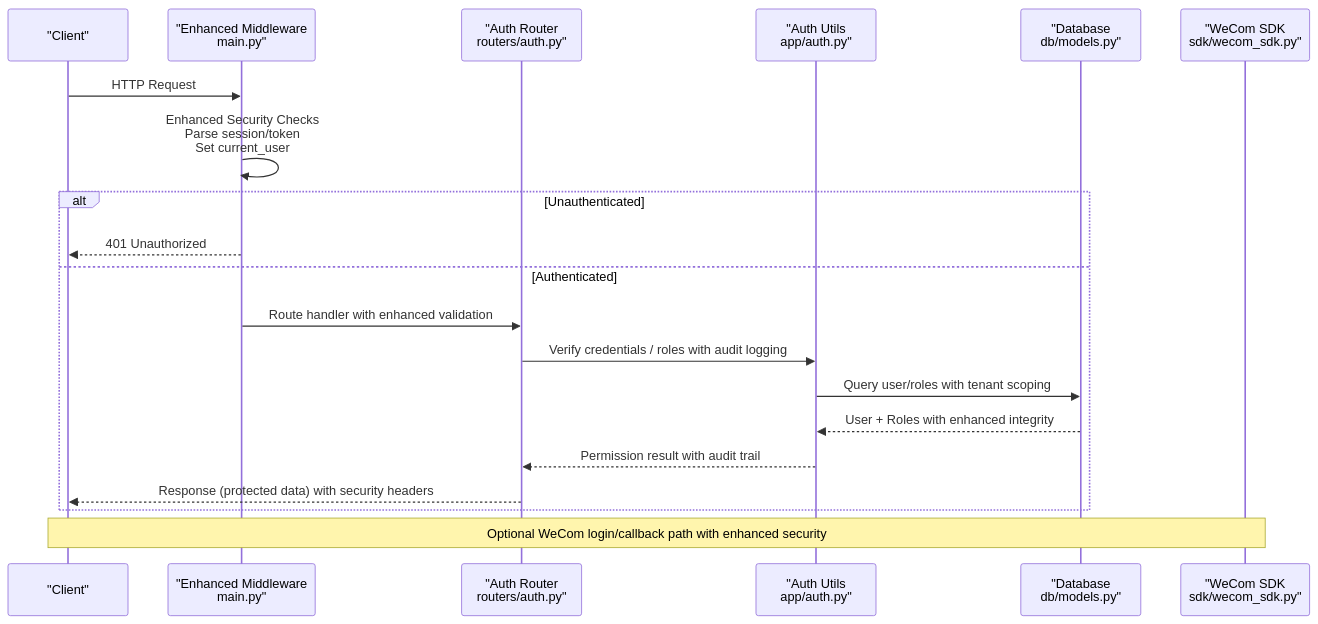
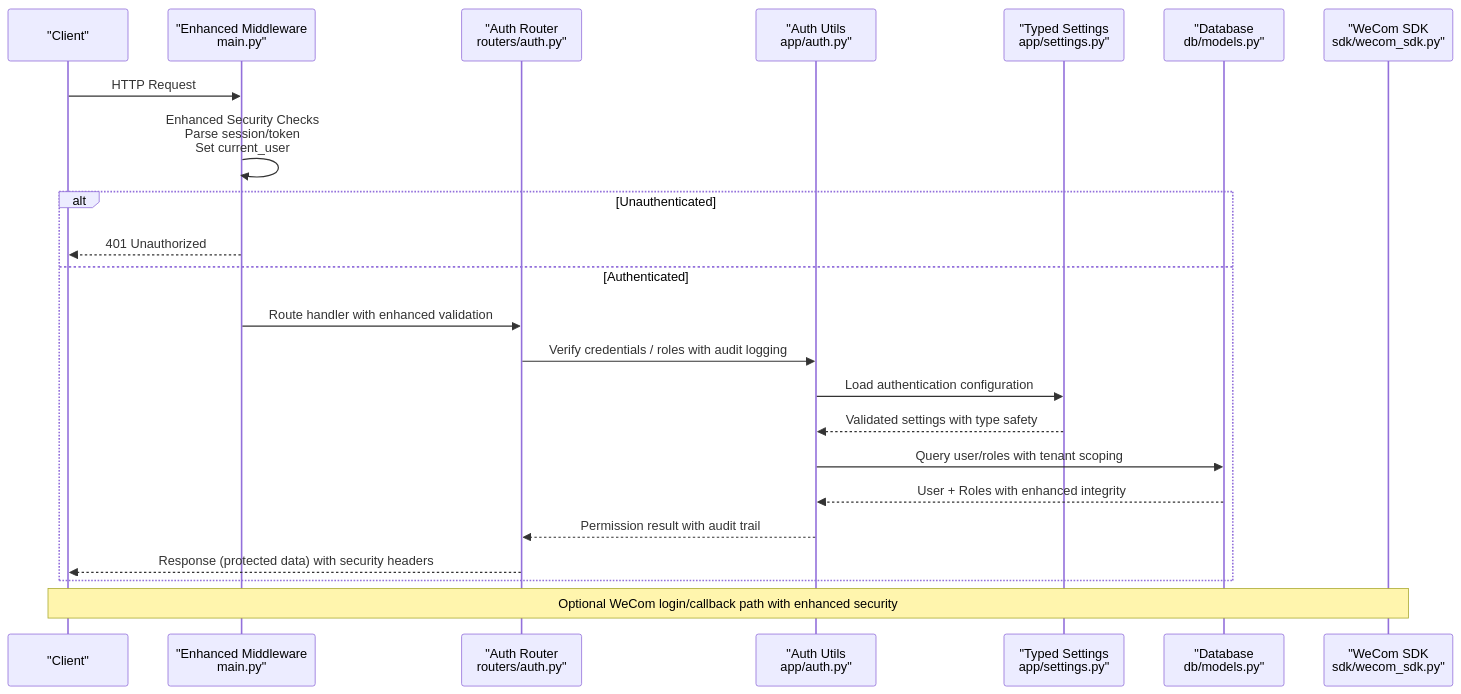
One commit to zuohaisu/wecom-archive changed the second of 6 diagrams in .qoder/repowiki/en/content/Architecture/Web Application Architecture/Authentication & Authorization.md. Above: the diagram before and after it, drawn with Mermaid. The commit also changed other lines of this file and 97 other files, not shown here.

````diff
--- a/.qoder/repowiki/en/content/Architecture/Web Application Architecture/Authentication & Authorization.md
+++ b/.qoder/repowiki/en/content/Architecture/Web Application Architecture/Authentication & Authorization.md
@@ -113,22 +123,25 @@
 ```mermaid
 sequenceDiagram
 participant C as "Client"
 participant M as "Enhanced Middleware<br/>main.py"
 participant R as "Auth Router<br/>routers/auth.py"
 participant U as "Auth Utils<br/>app/auth.py"
+participant S as "Typed Settings<br/>app/settings.py"
 participant DB as "Database<br/>db/models.py"
 participant WC as "WeCom SDK<br/>sdk/wecom_sdk.py"
 C->>M : HTTP Request
 M->>M : Enhanced Security Checks<br/>Parse session/token<br/>Set current_user
 alt Unauthenticated
 M-->>C : 401 Unauthorized
 else Authenticated
 M->>R : Route handler with enhanced validation
 R->>U : Verify credentials / roles with audit logging
+U->>S : Load authentication configuration
+S-->>U : Validated settings with type safety
 U->>DB : Query user/roles with tenant scoping
 DB-->>U : User + Roles with enhanced integrity
 U-->>R : Permission result with audit trail
 R-->>C : Response (protected data) with security headers
 end
 Note over WC,C : Optional WeCom login/callback path with enhanced security
 ```
````
